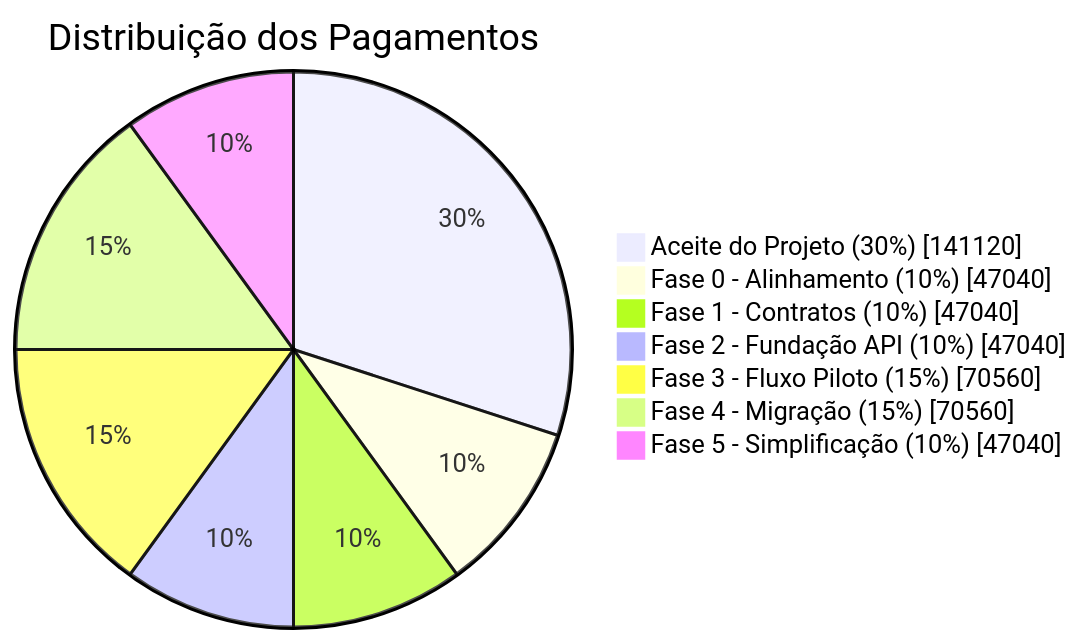
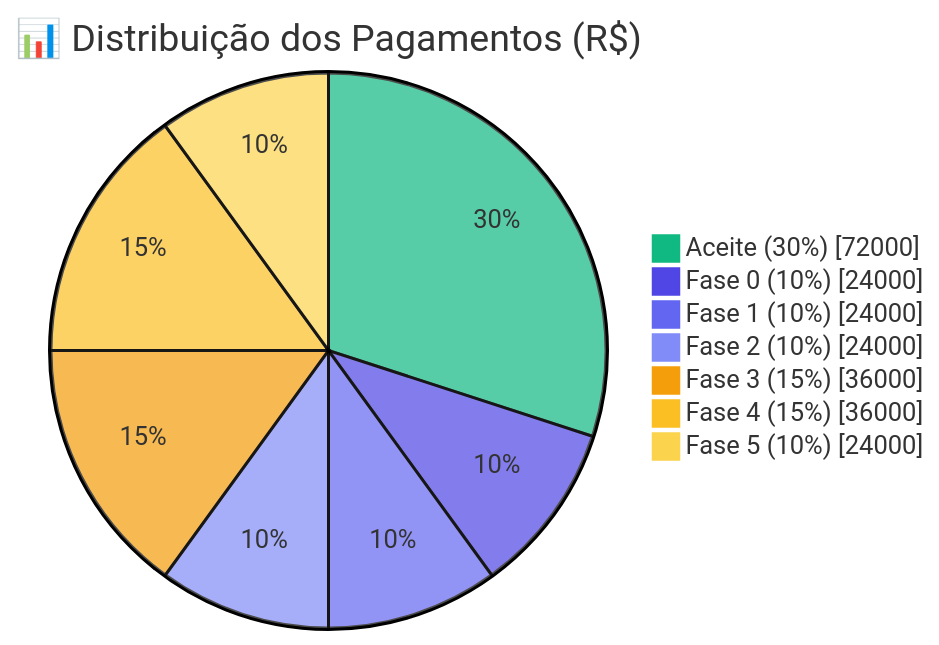
Diagram 17 of 17 in docs/planoProjetoModernizacao.md (Evilazaro/Azure-LogicApps-Monitoring), drawn with Mermaid before and after one commit. The commit also changed other lines of this file, not shown here.

````diff
--- a/docs/planoProjetoModernizacao.md
+++ b/docs/planoProjetoModernizacao.md
@@ -2168,14 +2648,20 @@
 ```mermaid
----
-title: "Fluxo de Pagamento por Marco"
----
+%%{init: { 'theme': 'base', 'themeVariables': {
+    'pie1': '#10B981',
+    'pie2': '#4F46E5',
+    'pie3': '#6366F1',
+    'pie4': '#818CF8',
+    'pie5': '#F59E0B',
+    'pie6': '#FBBF24',
+    'pie7': '#FCD34D'
+} } }%%
 pie showData
-    title Distribuição dos Pagamentos
-    "Aceite do Projeto (30%)" : 141120
-    "Fase 0 - Alinhamento (10%)" : 47040
-    "Fase 1 - Contratos (10%)" : 47040
-    "Fase 2 - Fundação API (10%)" : 47040
-    "Fase 3 - Fluxo Piloto (15%)" : 70560
-    "Fase 4 - Migração (15%)" : 70560
-    "Fase 5 - Simplificação (10%)" : 47040
+    title 📊 Distribuição dos Pagamentos (R$)
+    "Aceite (30%)" : 72000
+    "Fase 0 (10%)" : 24000
+    "Fase 1 (10%)" : 24000
+    "Fase 2 (10%)" : 24000
+    "Fase 3 (15%)" : 36000
+    "Fase 4 (15%)" : 36000
+    "Fase 5 (10%)" : 24000
 ```
````
